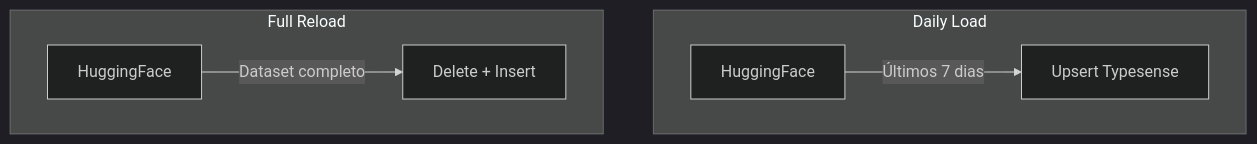
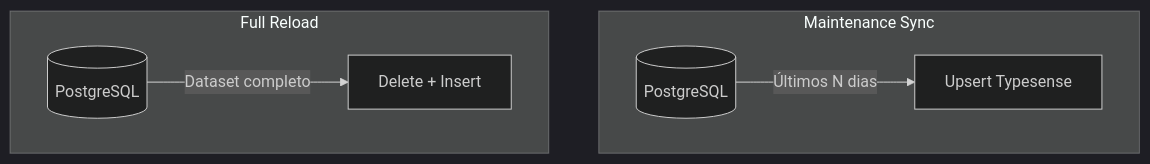
Before and after one commit to destaquesgovbr/docs: the first of 2 diagrams in docs/workflows/typesense-data.md, drawn with Mermaid (dark theme). The commit also changed other lines of this file and 5 other files, not shown here.

````diff
--- a/docs/workflows/typesense-data.md
+++ b/docs/workflows/typesense-data.md
@@ -19,10 +19,10 @@
 ```mermaid
 flowchart TB
-    subgraph "Daily Load"
-        A[HuggingFace] -->|Últimos 7 dias| B[Upsert Typesense]
+    subgraph "Maintenance Sync"
+        A[(PostgreSQL)] -->|Últimos N dias| B[Upsert Typesense]
     end
 
     subgraph "Full Reload"
-        C[HuggingFace] -->|Dataset completo| D[Delete + Insert]
+        C[(PostgreSQL)] -->|Dataset completo| D[Delete + Insert]
     end
 ```
````
